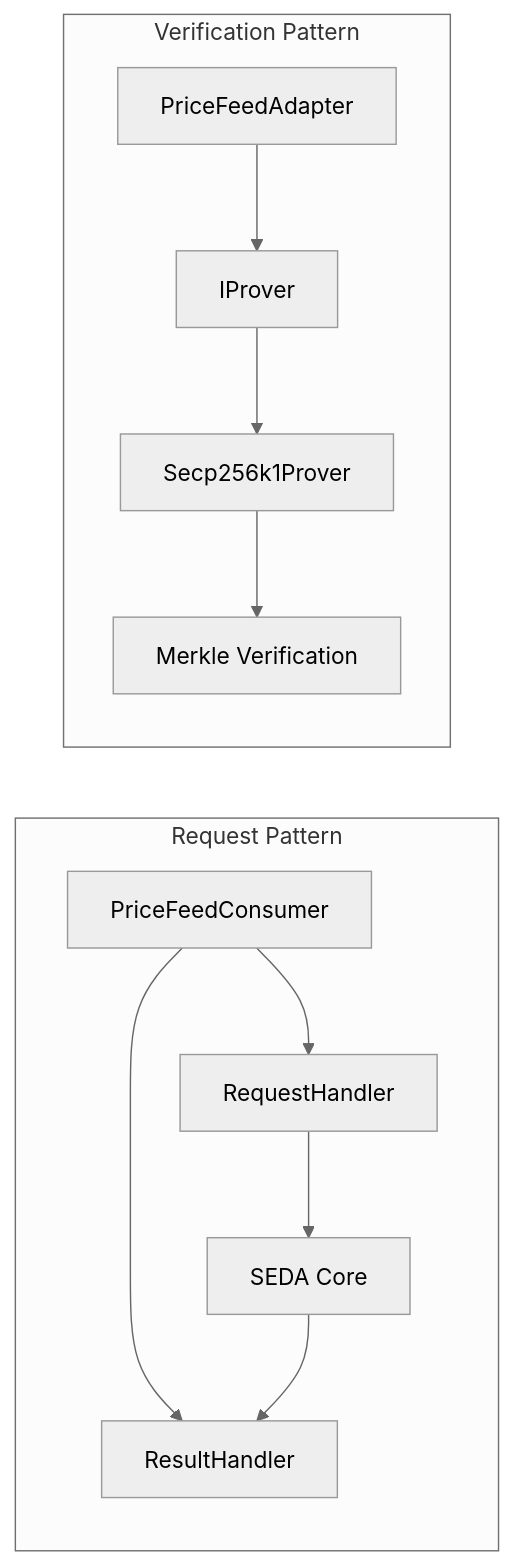
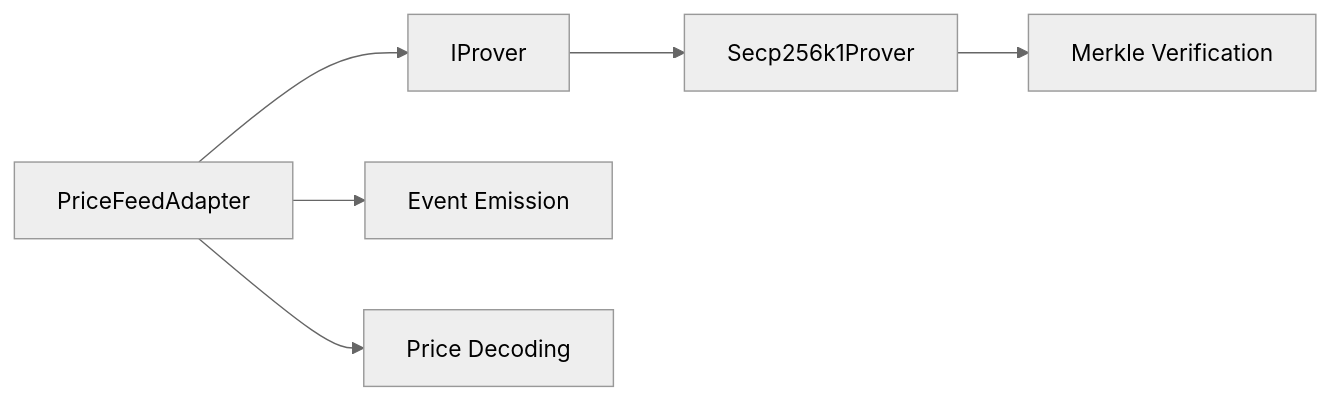
One commit to sedaprotocol/seda-pricefeed-adapter changed the second of 2 diagrams in README.md. Above: the diagram before and after it, drawn with Mermaid (neutral theme). The commit also changed other lines of this file and 2 other files, not shown here.

Commit message:
chore: cleaned up old readme that had mention of consumer congtract

````diff
--- a/README.md
+++ b/README.md
@@ -239,15 +193,8 @@
 ```mermaid
 graph LR
-    subgraph "Request Pattern"
-        A[PriceFeedConsumer] --> B[RequestHandler]
-        A --> C[ResultHandler]
-        B --> D[SEDA Core]
-        D --> C
-    end
-    
-    subgraph "Verification Pattern"  
-        E[PriceFeedAdapter] --> F[IProver]
-        F --> G[Secp256k1Prover]
-        G --> H[Merkle Verification]
-    end
+    A[PriceFeedAdapter] --> B[IProver]
+    B --> C[Secp256k1Prover]
+    C --> D[Merkle Verification]
+    A --> E[Event Emission]
+    A --> F[Price Decoding]
 ```
````
